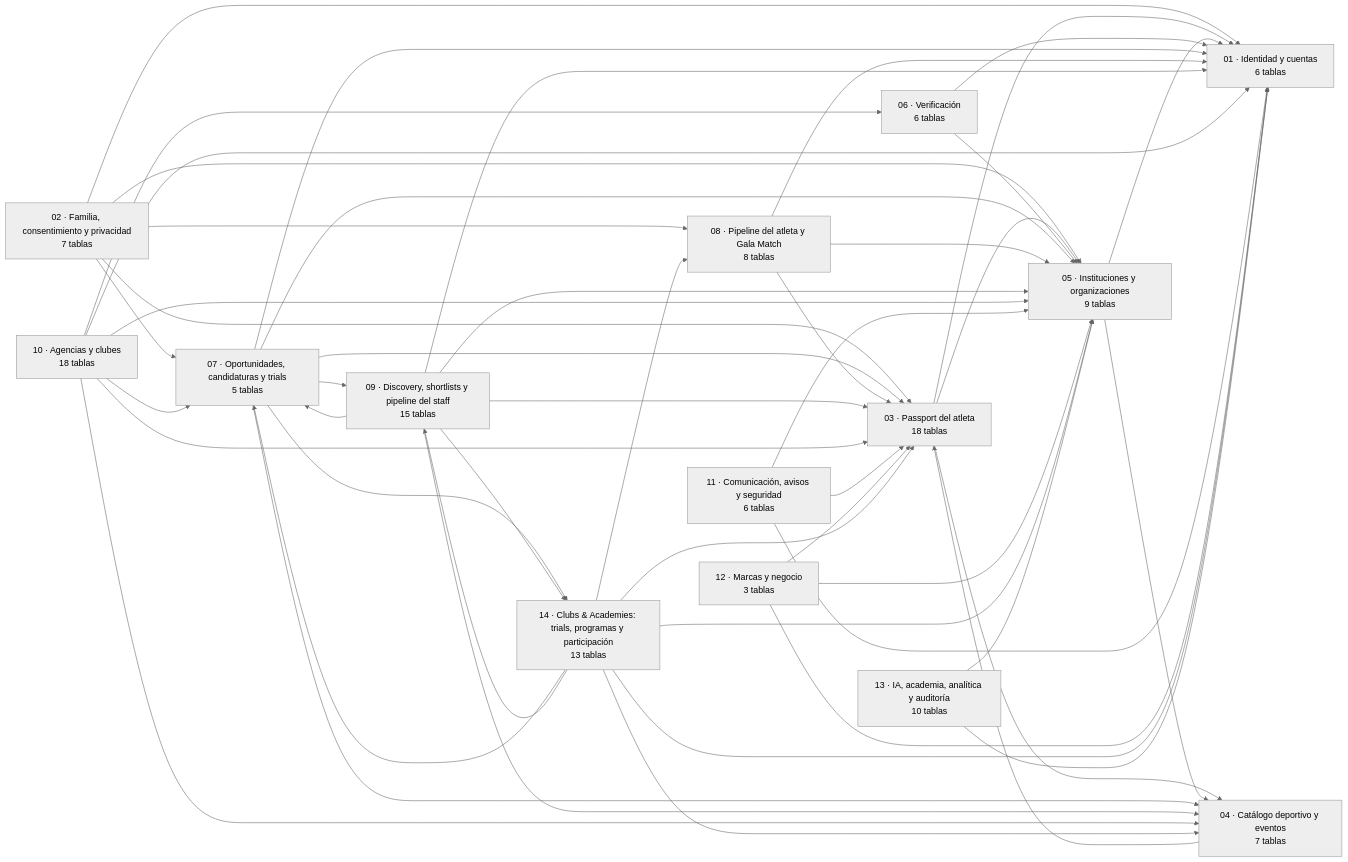
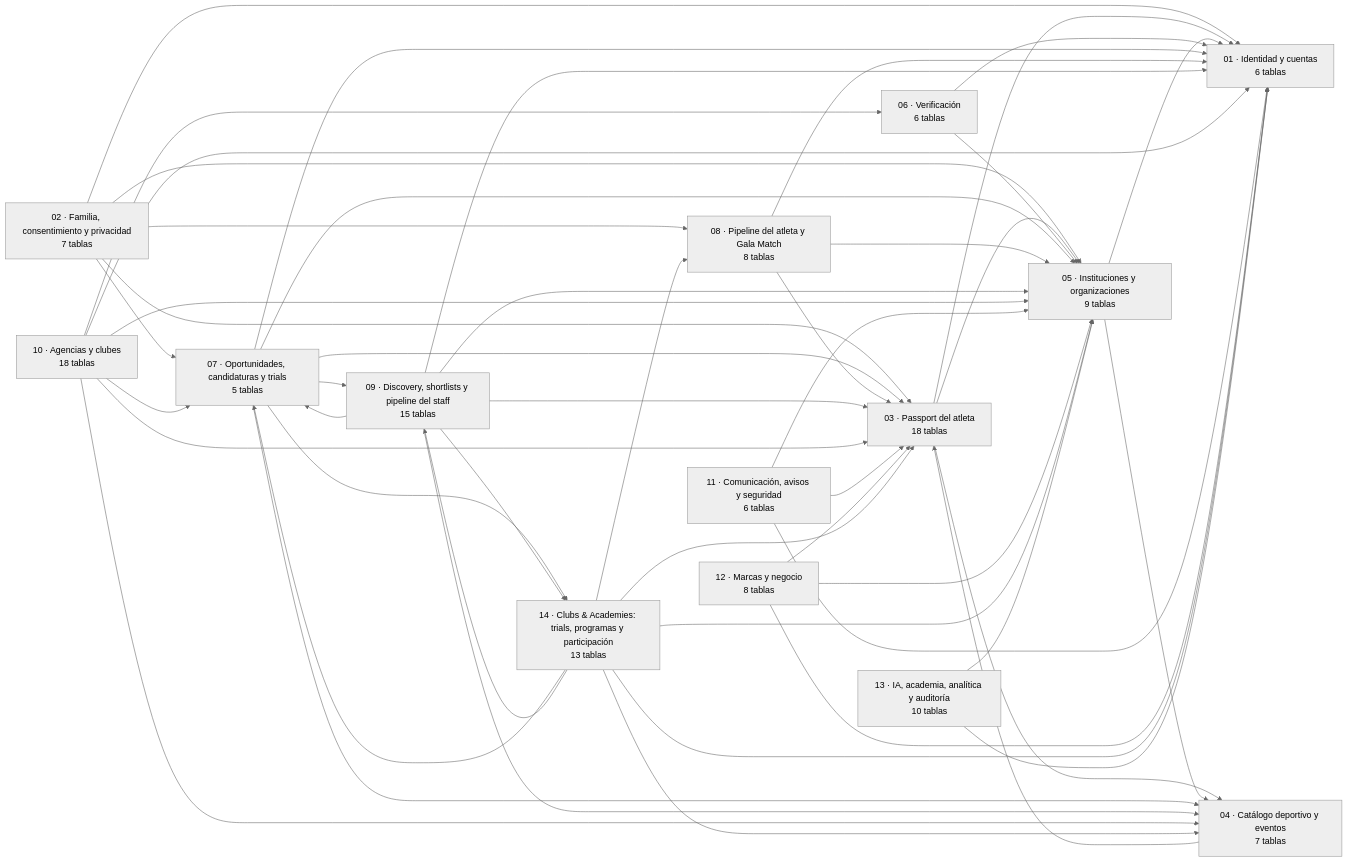
Before and after one commit to Galacamarena9/THE-GALA-ALLIANCE: the first of 2 diagrams in docs/erd/00-MASTER.md, drawn with Mermaid (neutral theme). The commit also changed other lines of this file and 18 other files, not shown here.

````diff
--- a/docs/erd/00-MASTER.md
+++ b/docs/erd/00-MASTER.md
@@ -13,66 +13,66 @@
 ```mermaid
 flowchart LR
   D01["01 · Identidad y cuentas<br>6 tablas"]
   D02["02 · Familia, consentimiento y privacidad<br>7 tablas"]
   D03["03 · Passport del atleta<br>18 tablas"]
   D04["04 · Catálogo deportivo y eventos<br>7 tablas"]
   D05["05 · Instituciones y organizaciones<br>9 tablas"]
   D06["06 · Verificación<br>6 tablas"]
   D07["07 · Oportunidades, candidaturas y trials<br>5 tablas"]
   D08["08 · Pipeline del atleta y Gala Match<br>8 tablas"]
   D09["09 · Discovery, shortlists y pipeline del staff<br>15 tablas"]
   D10["10 · Agencias y clubes<br>18 tablas"]
   D11["11 · Comunicación, avisos y seguridad<br>6 tablas"]
-  D12["12 · Marcas y negocio<br>3 tablas"]
+  D12["12 · Marcas y negocio<br>8 tablas"]
   D13["13 · IA, academia, analítica y auditoría<br>10 tablas"]
   D14["14 · Clubs & Academies: trials, programas y participación<br>13 tablas"]
   D02 --> D01
   D02 --> D03
   D02 --> D05
   D02 --> D07
   D02 --> D08
   D03 --> D01
   D03 --> D04
   D03 --> D05
   D04 --> D03
   D05 --> D01
   D05 --> D04
   D06 --> D01
   D06 --> D05
   D07 --> D01
   D07 --> D03
   D07 --> D04
   D07 --> D05
   D07 --> D09
   D07 --> D14
   D08 --> D01
   D08 --> D03
   D08 --> D05
   D09 --> D01
   D09 --> D03
   D09 --> D04
   D09 --> D05
   D09 --> D07
   D09 --> D14
   D10 --> D01
   D10 --> D03
   D10 --> D04
   D10 --> D05
   D10 --> D06
   D10 --> D07
   D11 --> D01
   D11 --> D03
   D11 --> D05
   D12 --> D01
   D12 --> D03
   D12 --> D05
   D14 --> D01
   D14 --> D03
   D14 --> D04
   D14 --> D05
   D14 --> D07
   D14 --> D08
   D14 --> D09
   D13 --> D01
   D13 --> D05
 ```
````
